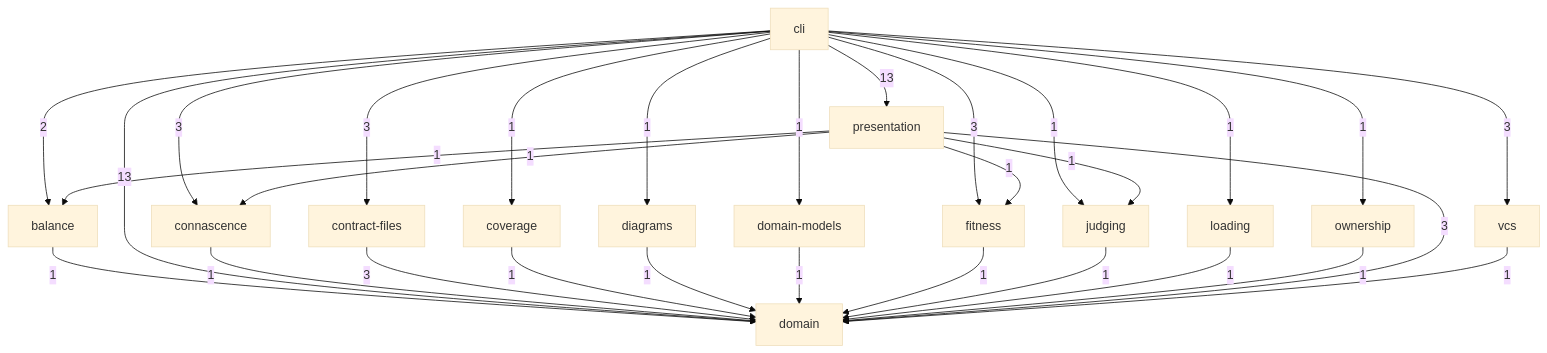
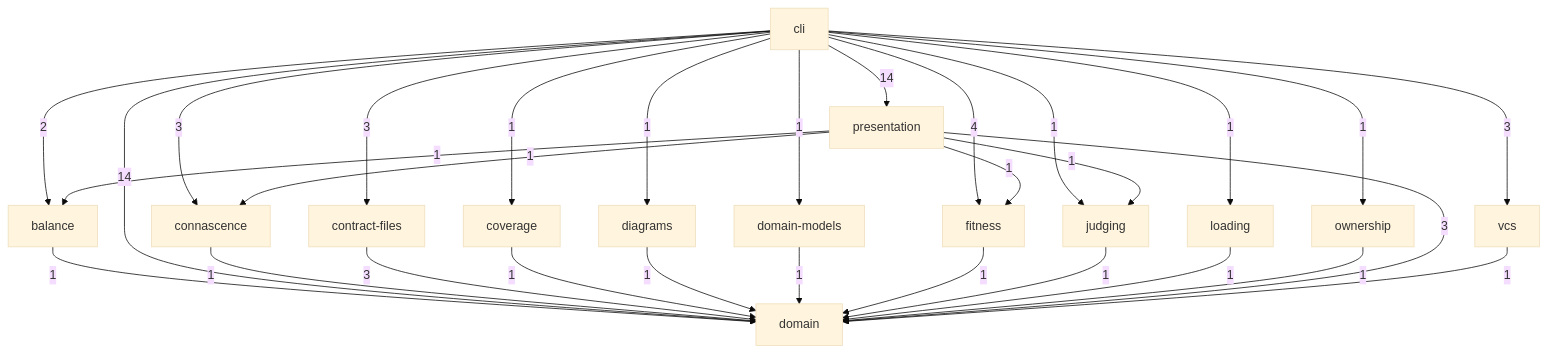
One commit to StevenACoffman/anarch-lint changed the diagram in anarch.md. Above: the diagram before and after it, drawn with Mermaid (base theme). The commit also changed 16 other files, not shown here.

````diff
--- a/anarch.md
+++ b/anarch.md
@@ -36,46 +36,46 @@
 ```mermaid
 flowchart TD
   s0["cli"]
   s1["presentation"]
   s2["loading"]
   s3["vcs"]
   s4["diagrams"]
   s5["contract-files"]
   s6["domain-models"]
   s7["ownership"]
   s8["coverage"]
   s9["fitness"]
   s10["balance"]
   s11["connascence"]
   s12["judging"]
   s13["domain"]
   s10 -->|1| s13
   s0 -->|2| s10
   s0 -->|3| s11
   s0 -->|3| s5
   s0 -->|1| s8
   s0 -->|1| s4
-  s0 -->|13| s13
+  s0 -->|14| s13
   s0 -->|1| s6
-  s0 -->|3| s9
+  s0 -->|4| s9
   s0 -->|1| s12
   s0 -->|1| s2
   s0 -->|1| s7
-  s0 -->|13| s1
+  s0 -->|14| s1
   s0 -->|3| s3
   s11 -->|1| s13
   s5 -->|3| s13
   s8 -->|1| s13
   s4 -->|1| s13
   s6 -->|1| s13
   s9 -->|1| s13
   s12 -->|1| s13
   s2 -->|1| s13
   s7 -->|1| s13
   s1 -->|1| s10
   s1 -->|1| s11
   s1 -->|3| s13
   s1 -->|1| s9
   s1 -->|1| s12
   s3 -->|1| s13
 ```
````
